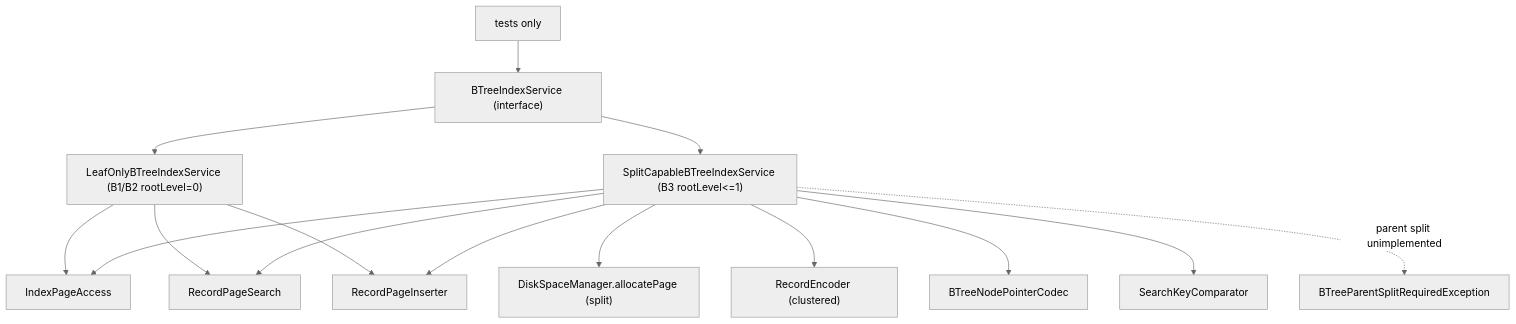
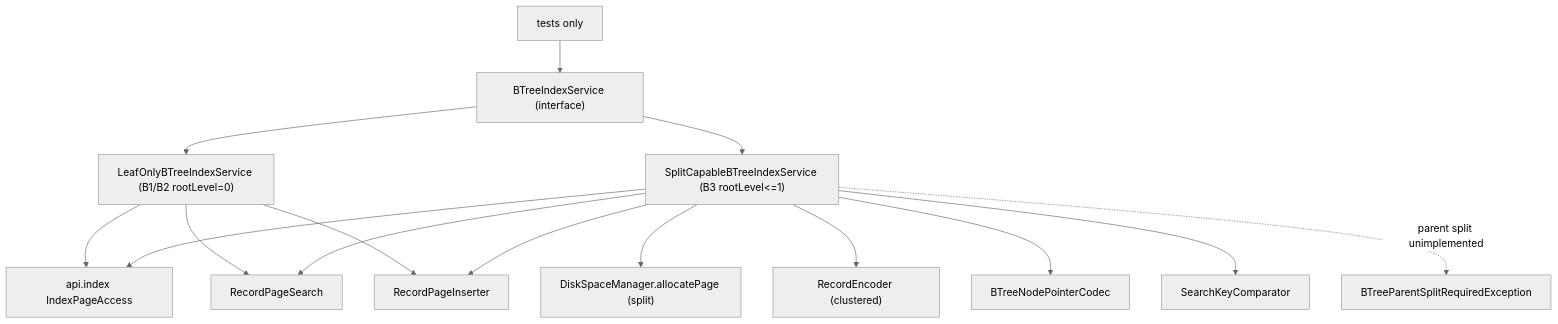
Before and after one commit to mywnlb/dbtest: the fourth of 9 diagrams in docs/design/current-implementation-map.md, drawn with Mermaid (neutral theme). The commit also changed other lines of this file and 371 other files, not shown here.

````diff
--- a/docs/design/current-implementation-map.md
+++ b/docs/design/current-implementation-map.md
@@ -170,18 +181,18 @@
 ```mermaid
 flowchart TD
   Facade["BTreeIndexService (interface)"]
   Facade --> Leaf["LeafOnlyBTreeIndexService (B1/B2 rootLevel=0)"]
   Facade --> Split["SplitCapableBTreeIndexService (B3 rootLevel<=1)"]
-  Leaf --> PageAccess["IndexPageAccess"]
+  Leaf --> PageAccess["api.index IndexPageAccess"]
   Split --> PageAccess
   Split --> Disk["DiskSpaceManager.allocatePage (split)"]
   Split --> RecordEncoder["RecordEncoder (clustered)"]
   Split --> PtrCodec["BTreeNodePointerCodec"]
   Split --> KeyCmp["SearchKeyComparator"]
   Leaf --> RSearch["RecordPageSearch"]
   Split --> RSearch
   Leaf --> RInserter["RecordPageInserter"]
   Split --> RInserter
   Split -. "parent split unimplemented" .-> ParentExc["BTreeParentSplitRequiredException"]
   Tests["tests only"] --> Facade
 ```
````
